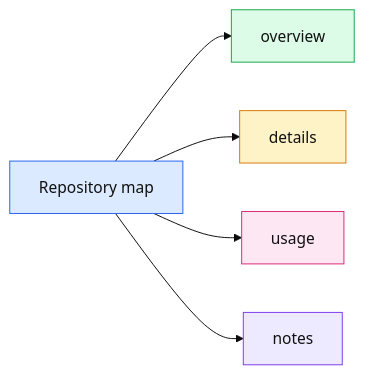
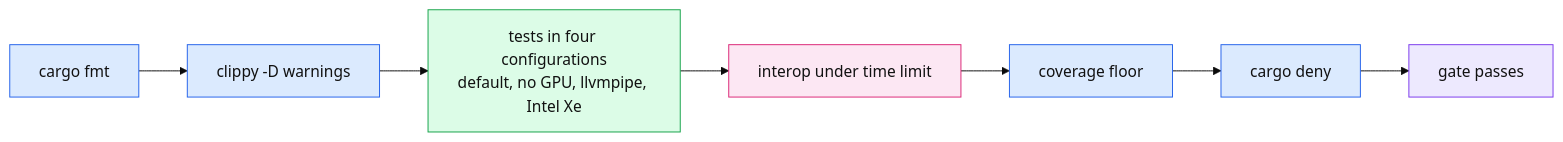
Before and after one commit to thomascherickal/ferrum-gpu: diagram 18 of 21 in readme.md, drawn with Mermaid (base theme). The commit also changed other lines of this file and 4 other files, not shown here.

First line of the commit message:
docs: hand-drawn data-flow diagrams for the readme, architecture and GUI pages

````diff
--- a/readme.md
+++ b/readme.md
@@ -485,13 +507,14 @@
 ```mermaid
 flowchart LR
-    a["Repository map"]:::root
-    a --> n0["overview"]:::c0
-    a --> n1["details"]:::c1
-    a --> n2["usage"]:::c2
-    a --> n3["notes"]:::c3
-    classDef root fill:#dbeafe,stroke:#2563eb,color:#111
-    classDef c0 fill:#dcfce7,stroke:#16a34a,color:#111
-    classDef c1 fill:#fef3c7,stroke:#d97706,color:#111
-    classDef c2 fill:#fce7f3,stroke:#db2777,color:#111
-    classDef c3 fill:#ede9fe,stroke:#7c3aed,color:#111
+    f["cargo fmt"]:::core --> c["clippy -D warnings"]:::core
+    c --> t["tests in four configurations<br/>default, no GPU, llvmpipe, Intel Xe"]:::gpu
+    t --> i["interop under time limit"]:::io
+    i --> cov["coverage floor"]:::core
+    cov --> d["cargo deny"]:::core
+    d --> ok["gate passes"]:::host
+    classDef core fill:#dbeafe,stroke:#2563eb,color:#111
+    classDef gpu fill:#dcfce7,stroke:#16a34a,color:#111
+    classDef cpu fill:#fef3c7,stroke:#d97706,color:#111
+    classDef io fill:#fce7f3,stroke:#db2777,color:#111
+    classDef host fill:#ede9fe,stroke:#7c3aed,color:#111
 ```
````
